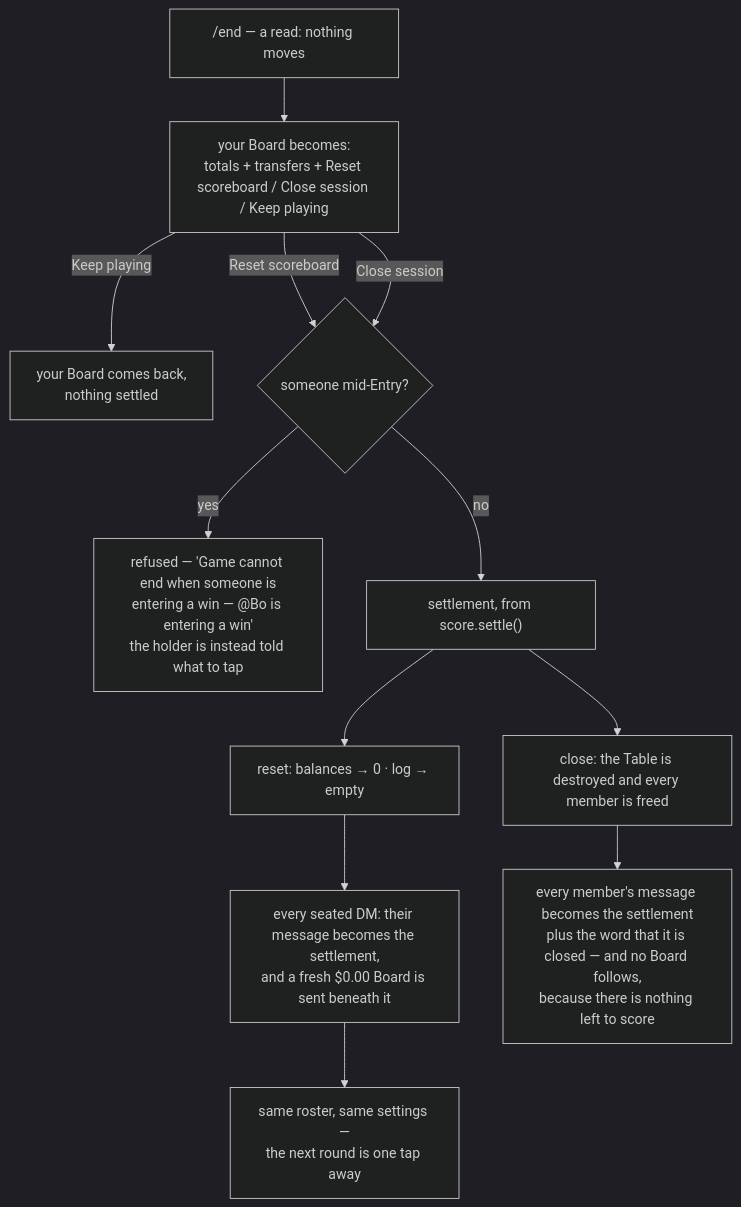
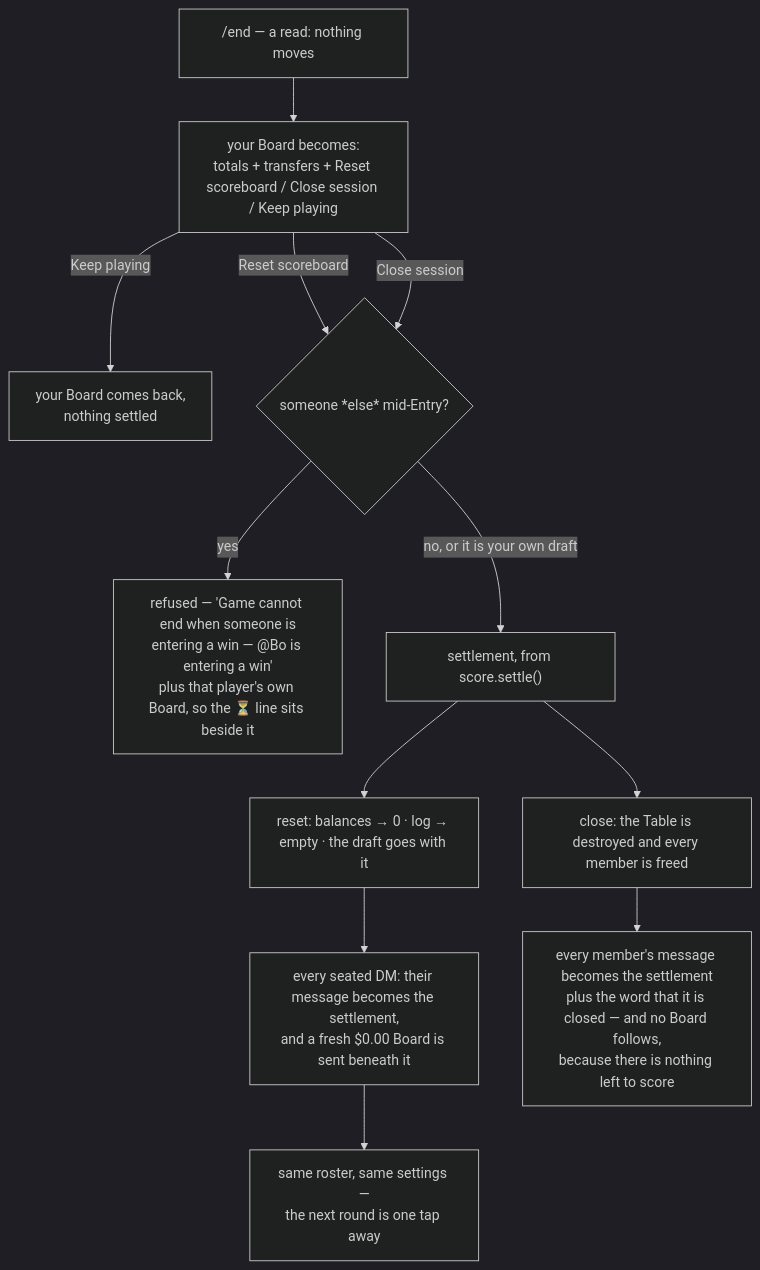
One commit to jonkoong/SGMahjongCalcTele changed the sixth of 7 diagrams in docs/flow.md. Above: the diagram before and after it, drawn with Mermaid (dark theme). The commit also changed other lines of this file and 5 other files, not shown here.

First line of the commit message:
fix: a draft stops a bystander, not its own holder

````diff
--- a/docs/flow.md
+++ b/docs/flow.md
@@ -249,14 +249,14 @@
 ```mermaid
 flowchart TD
     E["/end — a read: nothing moves"] --> Q["your Board becomes:<br/>totals + transfers + Reset scoreboard / Close session / Keep playing"]
     Q -->|"Keep playing"| B["your Board comes back,<br/>nothing settled"]
-    Q -->|"Reset scoreboard"| D{"someone mid-Entry?"}
+    Q -->|"Reset scoreboard"| D{"someone *else* mid-Entry?"}
     Q -->|"Close session"| D
-    D -->|yes| R["refused — 'Game cannot end when someone is<br/>entering a win — @Bo is entering a win'<br/>the holder is instead told what to tap"]
-    D -->|no| S["settlement, from score.settle()"]
-    S --> Z1["reset: balances → 0 · log → empty"]
+    D -->|yes| R["refused — 'Game cannot end when someone is<br/>entering a win — @Bo is entering a win'<br/>plus that player's own Board, so the ⏳ line sits beside it"]
+    D -->|"no, or it is your own draft"| S["settlement, from score.settle()"]
+    S --> Z1["reset: balances → 0 · log → empty · the draft goes with it"]
     S --> Z2["close: the Table is destroyed and every member is freed"]
     Z1 --> F["every seated DM: their message becomes the settlement,<br/>and a fresh $0.00 Board is sent beneath it"]
     F --> B2["same roster, same settings —<br/>the next round is one tap away"]
     Z2 --> C["every member's message becomes the settlement<br/>plus the word that it is closed — and no Board follows,<br/>because there is nothing left to score"]
 ```
````
